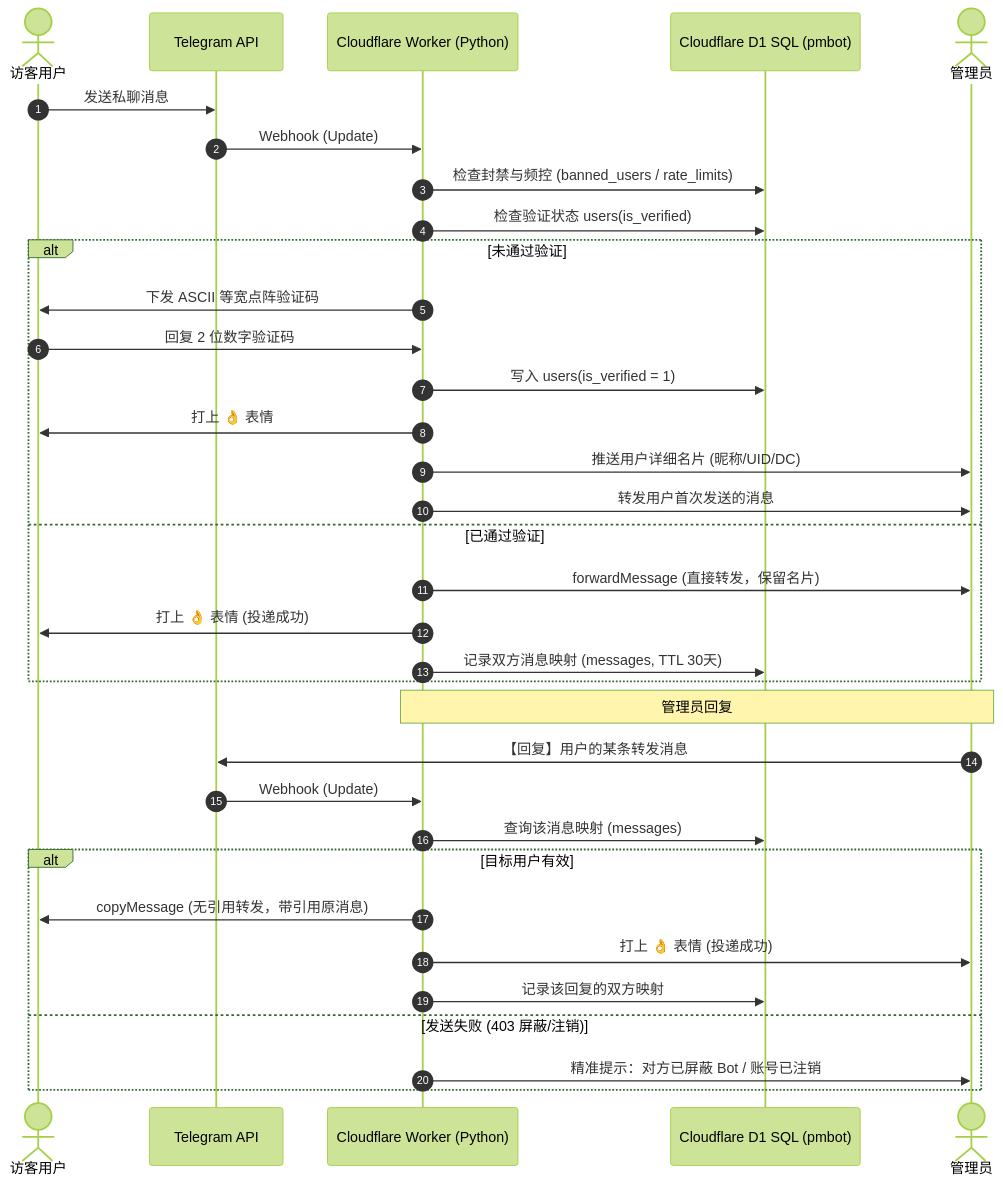
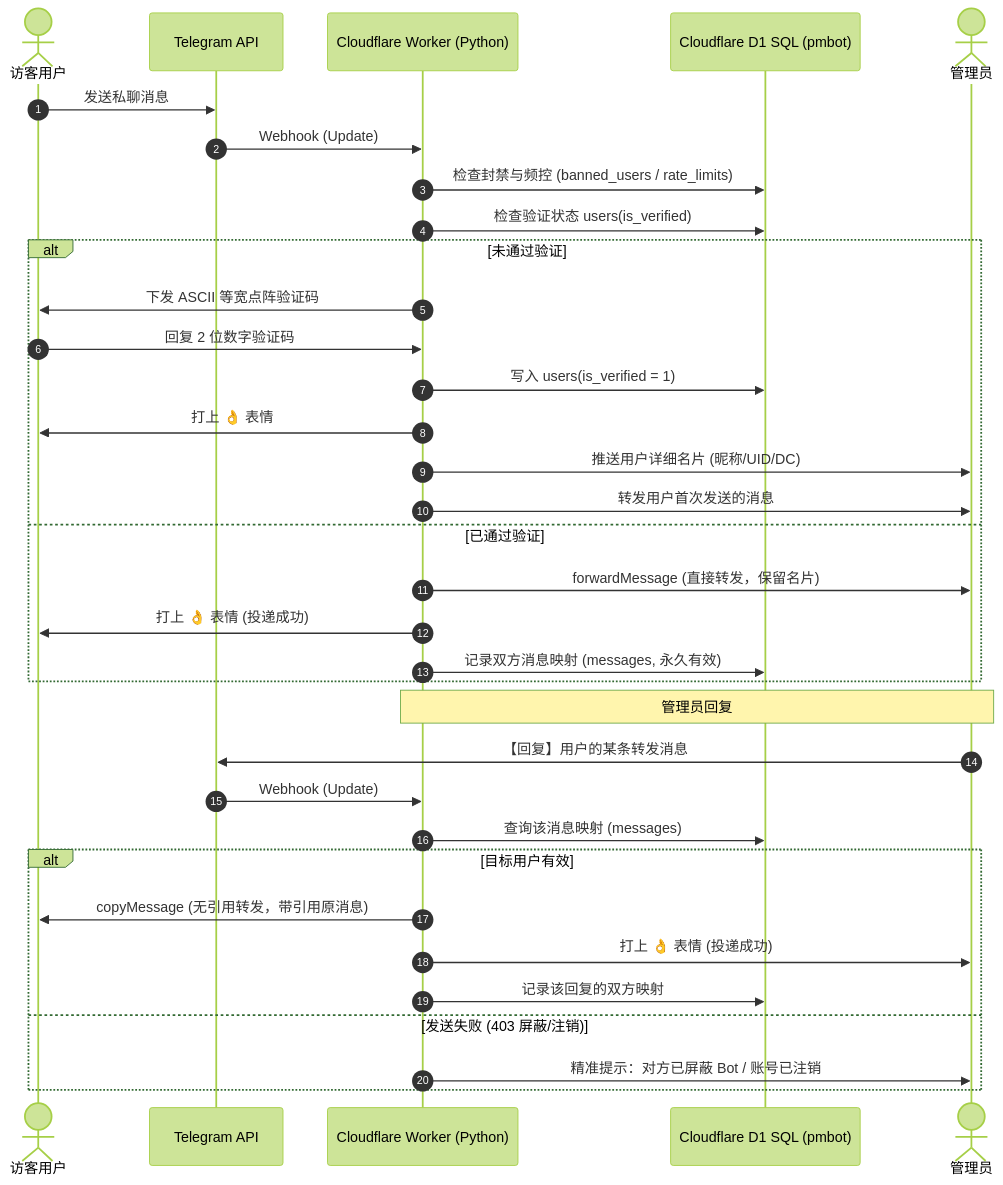
The diagram in README.md (ZGQ-inc/TG_PMbot), drawn with Mermaid (forest theme) before and after one commit. The commit also changed other lines of this file and 1 other file, not shown here.

Commit message:
feat: 移除消息映射过期时间限制，改为 D1 永久持久化存储

````diff
--- a/README.md
+++ b/README.md
@@ -61,38 +61,38 @@
 ```mermaid
 sequenceDiagram
     autonumber
     actor User as 访客用户
     participant TG as Telegram API
     participant Worker as Cloudflare Worker (Python)
     participant D1 as Cloudflare D1 SQL (pmbot)
     actor Admin as 管理员
 
     User->>TG: 发送私聊消息
     TG->>Worker: Webhook (Update)
     Worker->>D1: 检查封禁与频控 (banned_users / rate_limits)
     Worker->>D1: 检查验证状态 users(is_verified)
     alt 未通过验证
         Worker->>User: 下发 ASCII 等宽点阵验证码
         User->>Worker: 回复 2 位数字验证码
         Worker->>D1: 写入 users(is_verified = 1)
         Worker->>User: 打上 👌 表情
         Worker->>Admin: 推送用户详细名片 (昵称/UID/DC)
         Worker->>Admin: 转发用户首次发送的消息
     else 已通过验证
         Worker->>Admin: forwardMessage (直接转发，保留名片)
         Worker->>User: 打上 👌 表情 (投递成功)
-        Worker->>D1: 记录双方消息映射 (messages, TTL 30天)
+        Worker->>D1: 记录双方消息映射 (messages, 永久有效)
     end
 
     Note over Admin, Worker: 管理员回复
     Admin->>TG: 【回复】用户的某条转发消息
     TG->>Worker: Webhook (Update)
     Worker->>D1: 查询该消息映射 (messages)
     alt 目标用户有效
         Worker->>User: copyMessage (无引用转发，带引用原消息)
         Worker->>Admin: 打上 👌 表情 (投递成功)
         Worker->>D1: 记录该回复的双方映射
     else 发送失败 (403 屏蔽/注销)
         Worker->>Admin: 精准提示：对方已屏蔽 Bot / 账号已注销
     end
 ```
````
